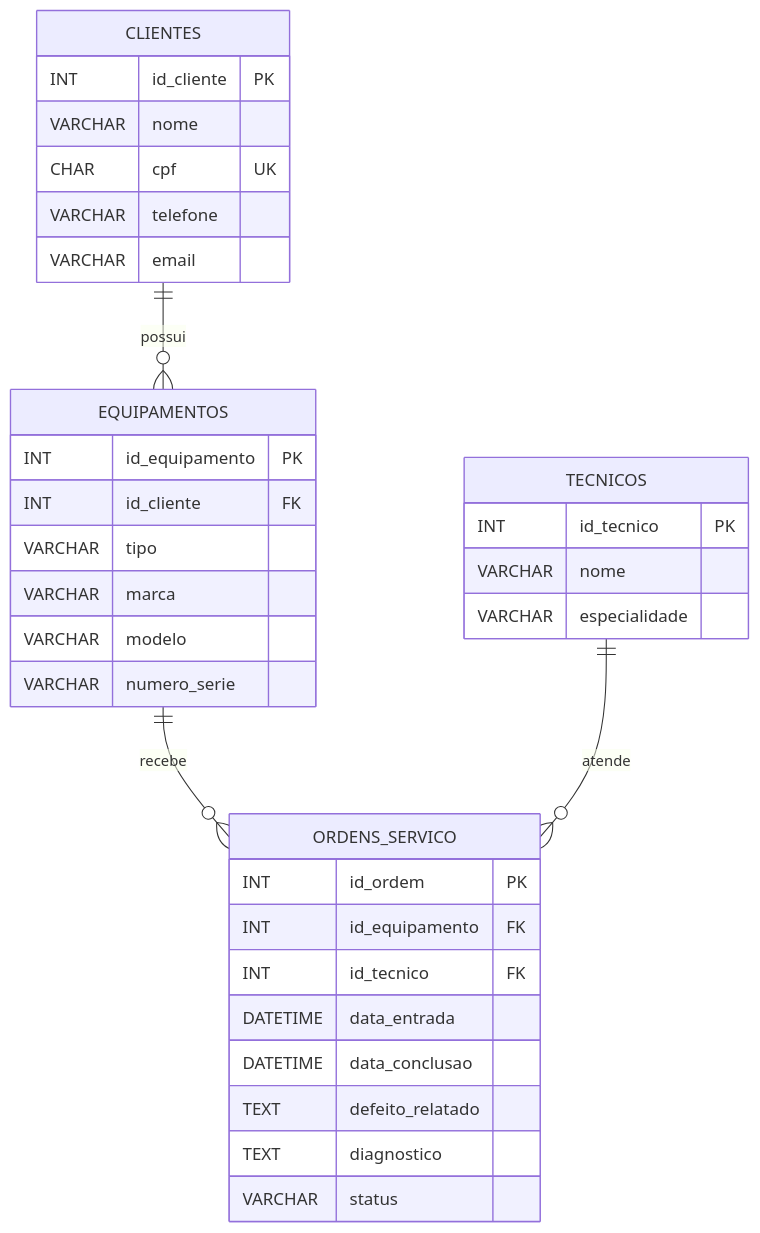
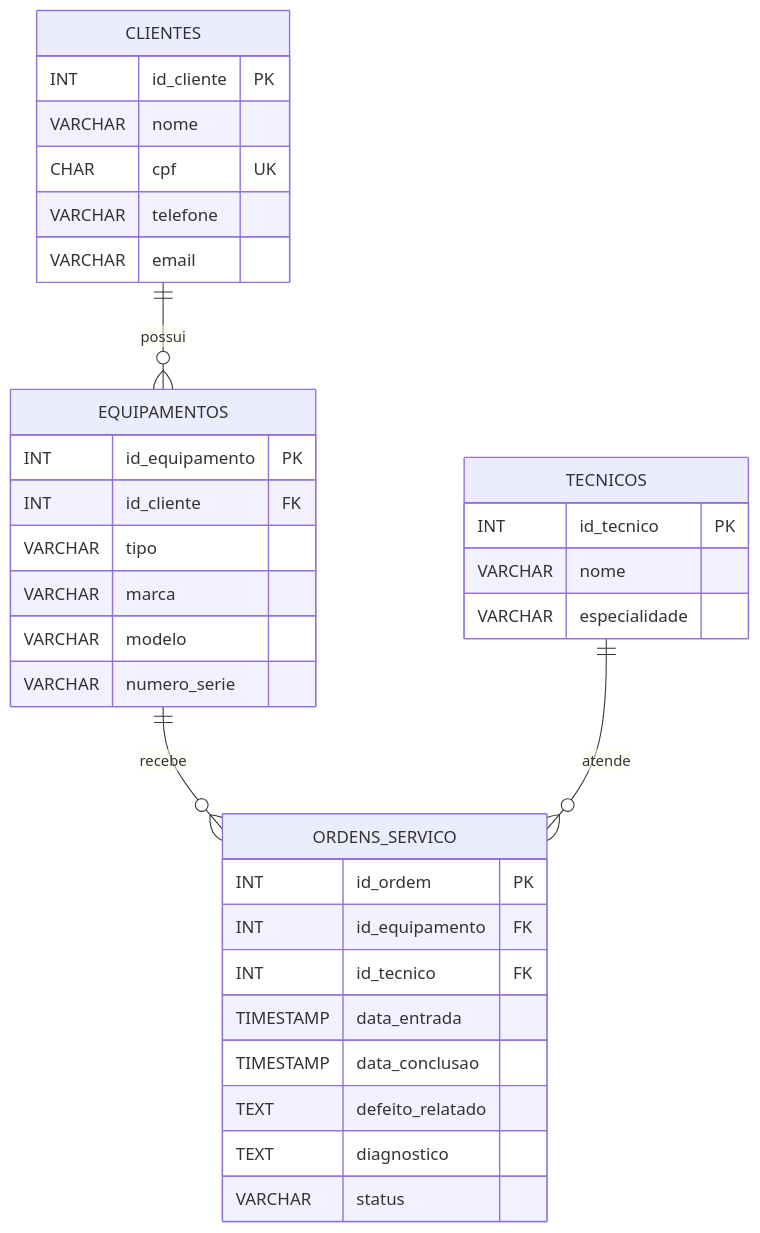
Before and after one commit to bernardhito/techfix: the diagram in docs/diagrama.md, drawn with Mermaid. The commit also changed 6 other files, not shown here.

````diff
--- a/docs/diagrama.md
+++ b/docs/diagrama.md
@@ -3,36 +3,36 @@
 ```mermaid
 erDiagram
     CLIENTES ||--o{ EQUIPAMENTOS : possui
     EQUIPAMENTOS ||--o{ ORDENS_SERVICO : recebe
     TECNICOS ||--o{ ORDENS_SERVICO : atende
     CLIENTES {
         INT id_cliente PK
         VARCHAR nome
         CHAR cpf UK
         VARCHAR telefone
         VARCHAR email
     }
     EQUIPAMENTOS {
         INT id_equipamento PK
         INT id_cliente FK
         VARCHAR tipo
         VARCHAR marca
         VARCHAR modelo
         VARCHAR numero_serie
     }
     TECNICOS {
         INT id_tecnico PK
         VARCHAR nome
         VARCHAR especialidade
     }
     ORDENS_SERVICO {
         INT id_ordem PK
         INT id_equipamento FK
         INT id_tecnico FK
-        DATETIME data_entrada
-        DATETIME data_conclusao
+        TIMESTAMP data_entrada
+        TIMESTAMP data_conclusao
         TEXT defeito_relatado
         TEXT diagnostico
         VARCHAR status
     }
 ```
````
